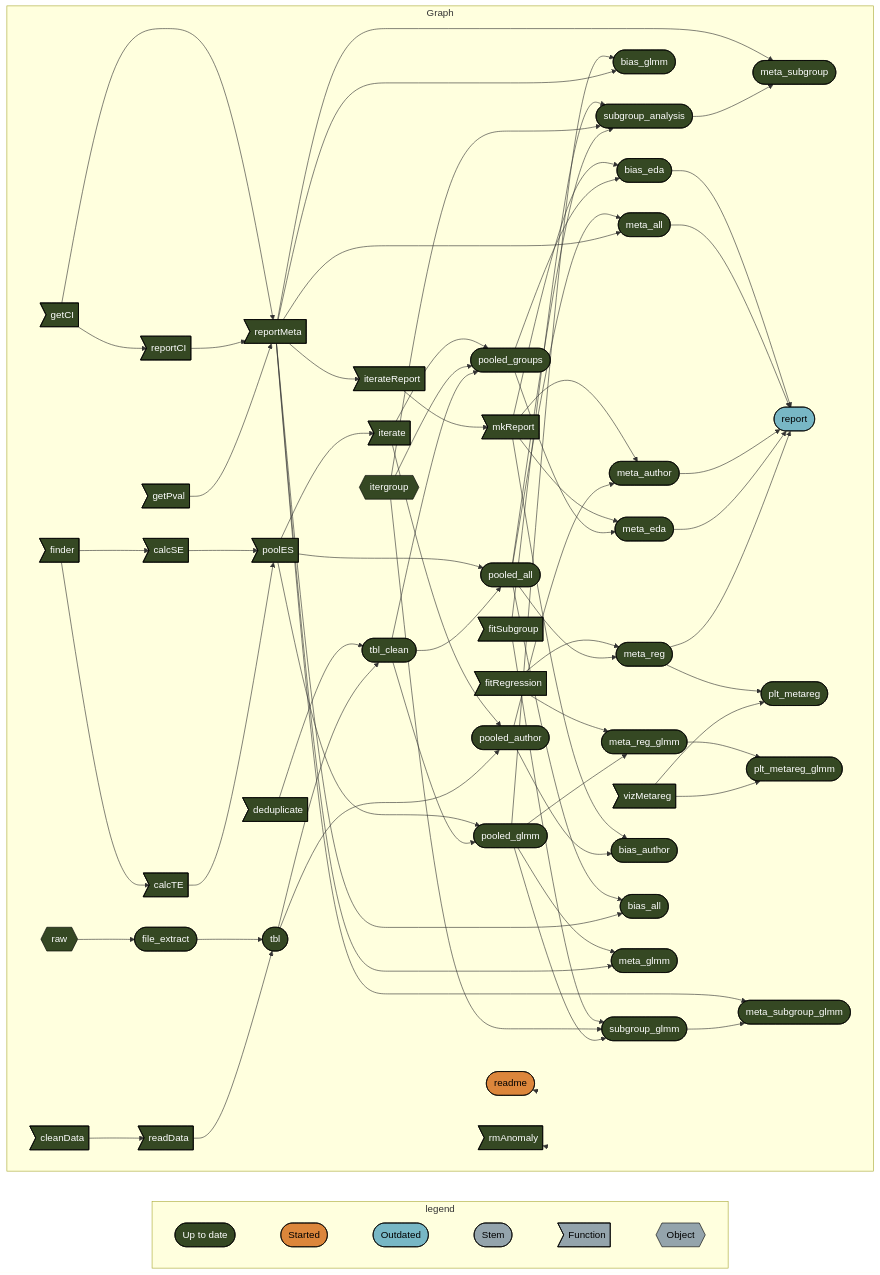
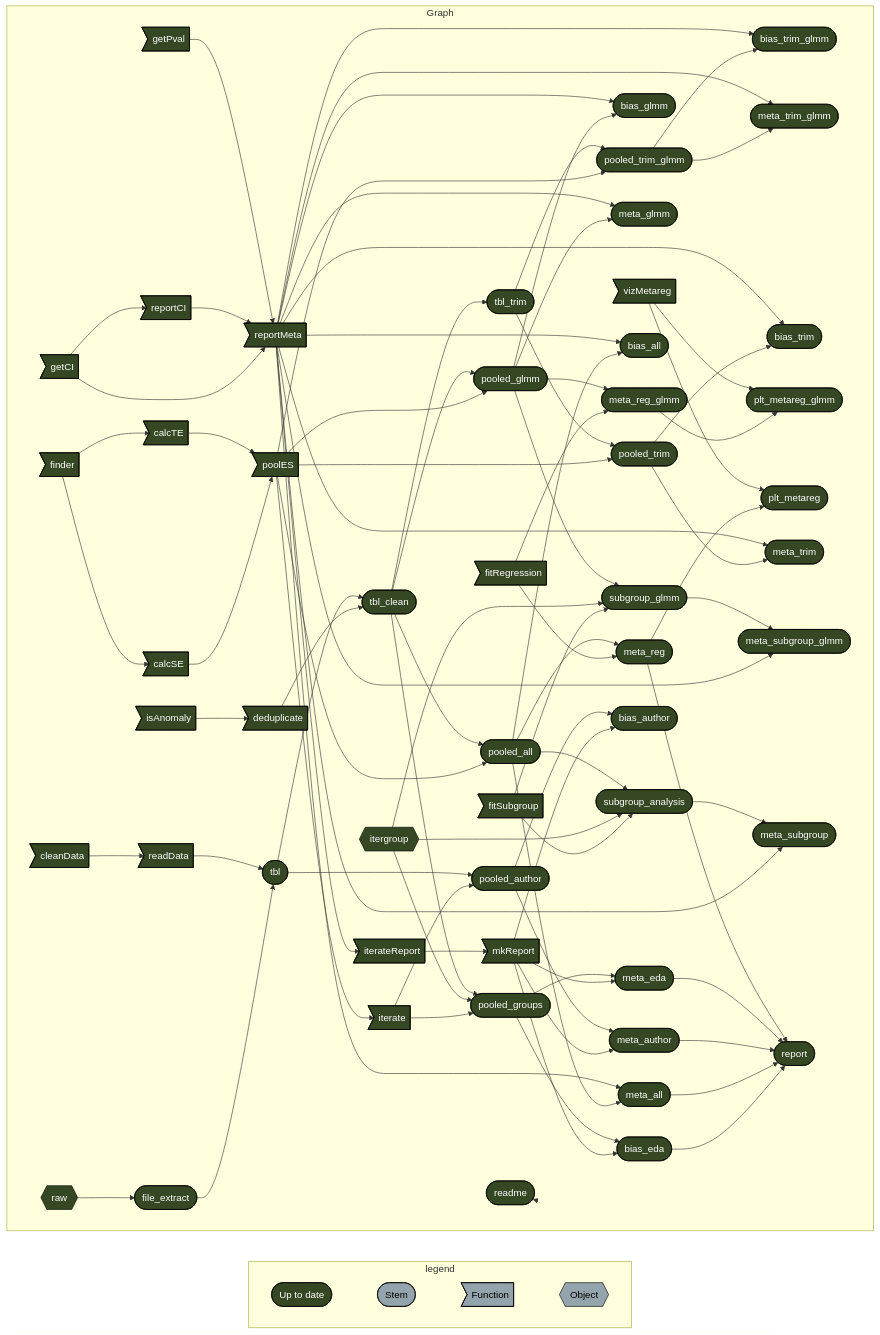
Before and after one commit to namakala/depression-in-t2dm: the diagram in README.md, drawn with Mermaid.

````diff
--- a/README.md
+++ b/README.md
@@ -55,9 +55,7 @@
 graph LR
   subgraph legend
     direction LR
-    x7420bd9270f8d27d([""Up to date""]):::uptodate --- x5b3426b4c7fa7dbc([""Started""]):::started
-    x5b3426b4c7fa7dbc([""Started""]):::started --- x0a52b03877696646([""Outdated""]):::outdated
-    x0a52b03877696646([""Outdated""]):::outdated --- xbf4603d6c2c2ad6b([""Stem""]):::none
+    x7420bd9270f8d27d([""Up to date""]):::uptodate --- xbf4603d6c2c2ad6b([""Stem""]):::none
     xbf4603d6c2c2ad6b([""Stem""]):::none --- xf0bce276fe2b9d3e>""Function""]:::none
     xf0bce276fe2b9d3e>""Function""]:::none --- x5bffbffeae195fc9{{""Object""}}:::none
   end
@@ -74,72 +72,80 @@
     x3e42f6670cc1974c>"finder"]:::uptodate --> x8a64dc026076b147>"calcTE"]:::uptodate
     x2405da16054f81ad>"calcSE"]:::uptodate --> x19d56b95df0a7e85>"poolES"]:::uptodate
     x8a64dc026076b147>"calcTE"]:::uptodate --> x19d56b95df0a7e85>"poolES"]:::uptodate
+    xb7940ee18a25ecab>"isAnomaly"]:::uptodate --> x4cfdc4b8ffc0833b>"deduplicate"]:::uptodate
     x97296012062236b1>"getPval"]:::uptodate --> x275ceffe01854d89>"reportMeta"]:::uptodate
-    x543688e28a1fc6f2>"fitSubgroup"]:::uptodate --> x20d407903515e4c8(["subgroup_glmm"]):::uptodate
-    xe37aeeab4f19d257{{"itergroup"}}:::uptodate --> x20d407903515e4c8(["subgroup_glmm"]):::uptodate
-    x2f8e058a4c200eca(["pooled_glmm"]):::uptodate --> x20d407903515e4c8(["subgroup_glmm"]):::uptodate
+    x19d56b95df0a7e85>"poolES"]:::uptodate --> x16f58f5592cc23f2(["pooled_trim"]):::uptodate
+    x64501e899d71430b(["tbl_trim"]):::uptodate --> x16f58f5592cc23f2(["pooled_trim"]):::uptodate
+    x6c2a68b24919816c(["pooled_trim_glmm"]):::uptodate --> x157d9cc65920f0ee(["bias_trim_glmm"]):::uptodate
+    x275ceffe01854d89>"reportMeta"]:::uptodate --> x157d9cc65920f0ee(["bias_trim_glmm"]):::uptodate
     x2f8e058a4c200eca(["pooled_glmm"]):::uptodate --> x7435453e09723b05(["bias_glmm"]):::uptodate
     x275ceffe01854d89>"reportMeta"]:::uptodate --> x7435453e09723b05(["bias_glmm"]):::uptodate
+    x19d56b95df0a7e85>"poolES"]:::uptodate --> x6c2a68b24919816c(["pooled_trim_glmm"]):::uptodate
+    x64501e899d71430b(["tbl_trim"]):::uptodate --> x6c2a68b24919816c(["pooled_trim_glmm"]):::uptodate
+    xee61ab83b7d675c1>"iterate"]:::uptodate --> x5622303d0fb3e0ca(["pooled_groups"]):::uptodate
+    xe37aeeab4f19d257{{"itergroup"}}:::uptodate --> x5622303d0fb3e0ca(["pooled_groups"]):::uptodate
+    x07c0a25d8d1269ae(["tbl_clean"]):::uptodate --> x5622303d0fb3e0ca(["pooled_groups"]):::uptodate
+    x543688e28a1fc6f2>"fitSubgroup"]:::uptodate --> x97078af44030bc70(["subgroup_analysis"]):::uptodate
+    xe37aeeab4f19d257{{"itergroup"}}:::uptodate --> x97078af44030bc70(["subgroup_analysis"]):::uptodate
+    x0c55547544d10beb(["pooled_all"]):::uptodate --> x97078af44030bc70(["subgroup_analysis"]):::uptodate
+    x2f8e058a4c200eca(["pooled_glmm"]):::uptodate --> x372094126e882570(["meta_glmm"]):::uptodate
+    x275ceffe01854d89>"reportMeta"]:::uptodate --> x372094126e882570(["meta_glmm"]):::uptodate
+    x67be920e14d52a62{{"raw"}}:::uptodate --> x948809345d27ea2b(["file_extract"]):::uptodate
+    xe507bce80d611fab>"mkReport"]:::uptodate --> x2e9a38145b3ac661(["meta_author"]):::uptodate
+    x631988a8d3d85fb3(["pooled_author"]):::uptodate --> x2e9a38145b3ac661(["meta_author"]):::uptodate
+    x0c55547544d10beb(["pooled_all"]):::uptodate --> x430992bea01a7746(["meta_all"]):::uptodate
+    x275ceffe01854d89>"reportMeta"]:::uptodate --> x430992bea01a7746(["meta_all"]):::uptodate
+    x0c55547544d10beb(["pooled_all"]):::uptodate --> x1da53b9024b2e84a(["bias_all"]):::uptodate
+    x275ceffe01854d89>"reportMeta"]:::uptodate --> x1da53b9024b2e84a(["bias_all"]):::uptodate
     x6cab7297675953ab>"fitRegression"]:::uptodate --> x43a0cd95af269145(["meta_reg_glmm"]):::uptodate
     x2f8e058a4c200eca(["pooled_glmm"]):::uptodate --> x43a0cd95af269145(["meta_reg_glmm"]):::uptodate
+    xee61ab83b7d675c1>"iterate"]:::uptodate --> x631988a8d3d85fb3(["pooled_author"]):::uptodate
+    xe797a538520c914d(["tbl"]):::uptodate --> x631988a8d3d85fb3(["pooled_author"]):::uptodate
+    x6c2a68b24919816c(["pooled_trim_glmm"]):::uptodate --> x979bec9dba5c139a(["meta_trim_glmm"]):::uptodate
+    x275ceffe01854d89>"reportMeta"]:::uptodate --> x979bec9dba5c139a(["meta_trim_glmm"]):::uptodate
+    x16f58f5592cc23f2(["pooled_trim"]):::uptodate --> x7d90d8c3f9be815f(["bias_trim"]):::uptodate
+    x275ceffe01854d89>"reportMeta"]:::uptodate --> x7d90d8c3f9be815f(["bias_trim"]):::uptodate
+    x948809345d27ea2b(["file_extract"]):::uptodate --> xe797a538520c914d(["tbl"]):::uptodate
+    xb4a3d4a2fc7bb7d2>"readData"]:::uptodate --> xe797a538520c914d(["tbl"]):::uptodate
+    x19d56b95df0a7e85>"poolES"]:::uptodate --> x2f8e058a4c200eca(["pooled_glmm"]):::uptodate
+    x07c0a25d8d1269ae(["tbl_clean"]):::uptodate --> x2f8e058a4c200eca(["pooled_glmm"]):::uptodate
+    xe507bce80d611fab>"mkReport"]:::uptodate --> x9779f797366ec5b8(["meta_eda"]):::uptodate
+    x5622303d0fb3e0ca(["pooled_groups"]):::uptodate --> x9779f797366ec5b8(["meta_eda"]):::uptodate
+    x43a0cd95af269145(["meta_reg_glmm"]):::uptodate --> xacc055f19d077ef7(["plt_metareg_glmm"]):::uptodate
+    xb8df53a3923736a6>"vizMetareg"]:::uptodate --> xacc055f19d077ef7(["plt_metareg_glmm"]):::uptodate
+    x3b47b6779afe85cb(["meta_reg"]):::uptodate --> x85d32e8dea63783a(["plt_metareg"]):::uptodate
+    xb8df53a3923736a6>"vizMetareg"]:::uptodate --> x85d32e8dea63783a(["plt_metareg"]):::uptodate
     x19d56b95df0a7e85>"poolES"]:::uptodate --> x0c55547544d10beb(["pooled_all"]):::uptodate
     x07c0a25d8d1269ae(["tbl_clean"]):::uptodate --> x0c55547544d10beb(["pooled_all"]):::uptodate
+    x16f58f5592cc23f2(["pooled_trim"]):::uptodate --> xf4b58dbf4ed40c45(["meta_trim"]):::uptodate
+    x275ceffe01854d89>"reportMeta"]:::uptodate --> xf4b58dbf4ed40c45(["meta_trim"]):::uptodate
+    x4cfdc4b8ffc0833b>"deduplicate"]:::uptodate --> x07c0a25d8d1269ae(["tbl_clean"]):::uptodate
+    xe797a538520c914d(["tbl"]):::uptodate --> x07c0a25d8d1269ae(["tbl_clean"]):::uptodate
+    x275ceffe01854d89>"reportMeta"]:::uptodate --> x8f6d13cb7c3e85ba(["meta_subgroup_glmm"]):::uptodate
+    x20d407903515e4c8(["subgroup_glmm"]):::uptodate --> x8f6d13cb7c3e85ba(["meta_subgroup_glmm"]):::uptodate
+    x6cab7297675953ab>"fitRegression"]:::uptodate --> x3b47b6779afe85cb(["meta_reg"]):::uptodate
+    x0c55547544d10beb(["pooled_all"]):::uptodate --> x3b47b6779afe85cb(["meta_reg"]):::uptodate
     xe507bce80d611fab>"mkReport"]:::uptodate --> x7cddcc2458aa2f2a(["bias_eda"]):::uptodate
     x5622303d0fb3e0ca(["pooled_groups"]):::uptodate --> x7cddcc2458aa2f2a(["bias_eda"]):::uptodate
     x275ceffe01854d89>"reportMeta"]:::uptodate --> xaf0034ed7fb04a01(["meta_subgroup"]):::uptodate
     x97078af44030bc70(["subgroup_analysis"]):::uptodate --> xaf0034ed7fb04a01(["meta_subgroup"]):::uptodate
-    xee61ab83b7d675c1>"iterate"]:::uptodate --> x631988a8d3d85fb3(["pooled_author"]):::uptodate
-    xe797a538520c914d(["tbl"]):::uptodate --> x631988a8d3d85fb3(["pooled_author"]):::uptodate
-    x948809345d27ea2b(["file_extract"]):::uptodate --> xe797a538520c914d(["tbl"]):::uptodate
-    xb4a3d4a2fc7bb7d2>"readData"]:::uptodate --> xe797a538520c914d(["tbl"]):::uptodate
-    x6cab7297675953ab>"fitRegression"]:::uptodate --> x3b47b6779afe85cb(["meta_reg"]):::uptodate
-    x0c55547544d10beb(["pooled_all"]):::uptodate --> x3b47b6779afe85cb(["meta_reg"]):::uptodate
-    x4cfdc4b8ffc0833b>"deduplicate"]:::uptodate --> x07c0a25d8d1269ae(["tbl_clean"]):::uptodate
-    xe797a538520c914d(["tbl"]):::uptodate --> x07c0a25d8d1269ae(["tbl_clean"]):::uptodate
-    xee61ab83b7d675c1>"iterate"]:::uptodate --> x5622303d0fb3e0ca(["pooled_groups"]):::uptodate
-    xe37aeeab4f19d257{{"itergroup"}}:::uptodate --> x5622303d0fb3e0ca(["pooled_groups"]):::uptodate
-    x07c0a25d8d1269ae(["tbl_clean"]):::uptodate --> x5622303d0fb3e0ca(["pooled_groups"]):::uptodate
-    x7cddcc2458aa2f2a(["bias_eda"]):::uptodate --> xe0fba61fbc506510(["report"]):::outdated
-    x430992bea01a7746(["meta_all"]):::uptodate --> xe0fba61fbc506510(["report"]):::outdated
-    x2e9a38145b3ac661(["meta_author"]):::uptodate --> xe0fba61fbc506510(["report"]):::outdated
-    x9779f797366ec5b8(["meta_eda"]):::uptodate --> xe0fba61fbc506510(["report"]):::outdated
-    x3b47b6779afe85cb(["meta_reg"]):::uptodate --> xe0fba61fbc506510(["report"]):::outdated
-    x3b47b6779afe85cb(["meta_reg"]):::uptodate --> x85d32e8dea63783a(["plt_metareg"]):::uptodate
-    xb8df53a3923736a6>"vizMetareg"]:::uptodate --> x85d32e8dea63783a(["plt_metareg"]):::uptodate
+    x07c0a25d8d1269ae(["tbl_clean"]):::uptodate --> x64501e899d71430b(["tbl_trim"]):::uptodate
     xe507bce80d611fab>"mkReport"]:::uptodate --> x8258980e0682878d(["bias_author"]):::uptodate
     x631988a8d3d85fb3(["pooled_author"]):::uptodate --> x8258980e0682878d(["bias_author"]):::uptodate
-    x19d56b95df0a7e85>"poolES"]:::uptodate --> x2f8e058a4c200eca(["pooled_glmm"]):::uptodate
-    x07c0a25d8d1269ae(["tbl_clean"]):::uptodate --> x2f8e058a4c200eca(["pooled_glmm"]):::uptodate
-    xe507bce80d611fab>"mkReport"]:::uptodate --> x9779f797366ec5b8(["meta_eda"]):::uptodate
-    x5622303d0fb3e0ca(["pooled_groups"]):::uptodate --> x9779f797366ec5b8(["meta_eda"]):::uptodate
-    x0c55547544d10beb(["pooled_all"]):::uptodate --> x1da53b9024b2e84a(["bias_all"]):::uptodate
-    x275ceffe01854d89>"reportMeta"]:::uptodate --> x1da53b9024b2e84a(["bias_all"]):::uptodate
-    x43a0cd95af269145(["meta_reg_glmm"]):::uptodate --> xacc055f19d077ef7(["plt_metareg_glmm"]):::uptodate
-    xb8df53a3923736a6>"vizMetareg"]:::uptodate --> xacc055f19d077ef7(["plt_metareg_glmm"]):::uptodate
-    x275ceffe01854d89>"reportMeta"]:::uptodate --> x8f6d13cb7c3e85ba(["meta_subgroup_glmm"]):::uptodate
-    x20d407903515e4c8(["subgroup_glmm"]):::uptodate --> x8f6d13cb7c3e85ba(["meta_subgroup_glmm"]):::uptodate
-    x2f8e058a4c200eca(["pooled_glmm"]):::uptodate --> x372094126e882570(["meta_glmm"]):::uptodate
-    x275ceffe01854d89>"reportMeta"]:::uptodate --> x372094126e882570(["meta_glmm"]):::uptodate
-    x0c55547544d10beb(["pooled_all"]):::uptodate --> x430992bea01a7746(["meta_all"]):::uptodate
-    x275ceffe01854d89>"reportMeta"]:::uptodate --> x430992bea01a7746(["meta_all"]):::uptodate
-    x67be920e14d52a62{{"raw"}}:::uptodate --> x948809345d27ea2b(["file_extract"]):::uptodate
-    xe507bce80d611fab>"mkReport"]:::uptodate --> x2e9a38145b3ac661(["meta_author"]):::uptodate
-    x631988a8d3d85fb3(["pooled_author"]):::uptodate --> x2e9a38145b3ac661(["meta_author"]):::uptodate
-    x543688e28a1fc6f2>"fitSubgroup"]:::uptodate --> x97078af44030bc70(["subgroup_analysis"]):::uptodate
-    xe37aeeab4f19d257{{"itergroup"}}:::uptodate --> x97078af44030bc70(["subgroup_analysis"]):::uptodate
-    x0c55547544d10beb(["pooled_all"]):::uptodate --> x97078af44030bc70(["subgroup_analysis"]):::uptodate
-    x6e52cb0f1668cc22(["readme"]):::started --> x6e52cb0f1668cc22(["readme"]):::started
-    x2e036cbf71f1ed8e>"rmAnomaly"]:::uptodate --> x2e036cbf71f1ed8e>"rmAnomaly"]:::uptodate
+    x7cddcc2458aa2f2a(["bias_eda"]):::uptodate --> xe0fba61fbc506510(["report"]):::uptodate
+    x430992bea01a7746(["meta_all"]):::uptodate --> xe0fba61fbc506510(["report"]):::uptodate
+    x2e9a38145b3ac661(["meta_author"]):::uptodate --> xe0fba61fbc506510(["report"]):::uptodate
+    x9779f797366ec5b8(["meta_eda"]):::uptodate --> xe0fba61fbc506510(["report"]):::uptodate
+    x3b47b6779afe85cb(["meta_reg"]):::uptodate --> xe0fba61fbc506510(["report"]):::uptodate
+    x543688e28a1fc6f2>"fitSubgroup"]:::uptodate --> x20d407903515e4c8(["subgroup_glmm"]):::uptodate
+    xe37aeeab4f19d257{{"itergroup"}}:::uptodate --> x20d407903515e4c8(["subgroup_glmm"]):::uptodate
+    x2f8e058a4c200eca(["pooled_glmm"]):::uptodate --> x20d407903515e4c8(["subgroup_glmm"]):::uptodate
+    x6e52cb0f1668cc22(["readme"]):::uptodate --> x6e52cb0f1668cc22(["readme"]):::uptodate
   end
   classDef uptodate stroke:#000000,color:#ffffff,fill:#354823;
-  classDef started stroke:#000000,color:#000000,fill:#DC863B;
-  classDef outdated stroke:#000000,color:#000000,fill:#78B7C5;
   classDef none stroke:#000000,color:#000000,fill:#94a4ac;
   linkStyle 0 stroke-width:0px;
   linkStyle 1 stroke-width:0px;
   linkStyle 2 stroke-width:0px;
-  linkStyle 3 stroke-width:0px;
-  linkStyle 4 stroke-width:0px;
-  linkStyle 70 stroke-width:0px;
-  linkStyle 71 stroke-width:0px;
+  linkStyle 82 stroke-width:0px;
 ```
````
